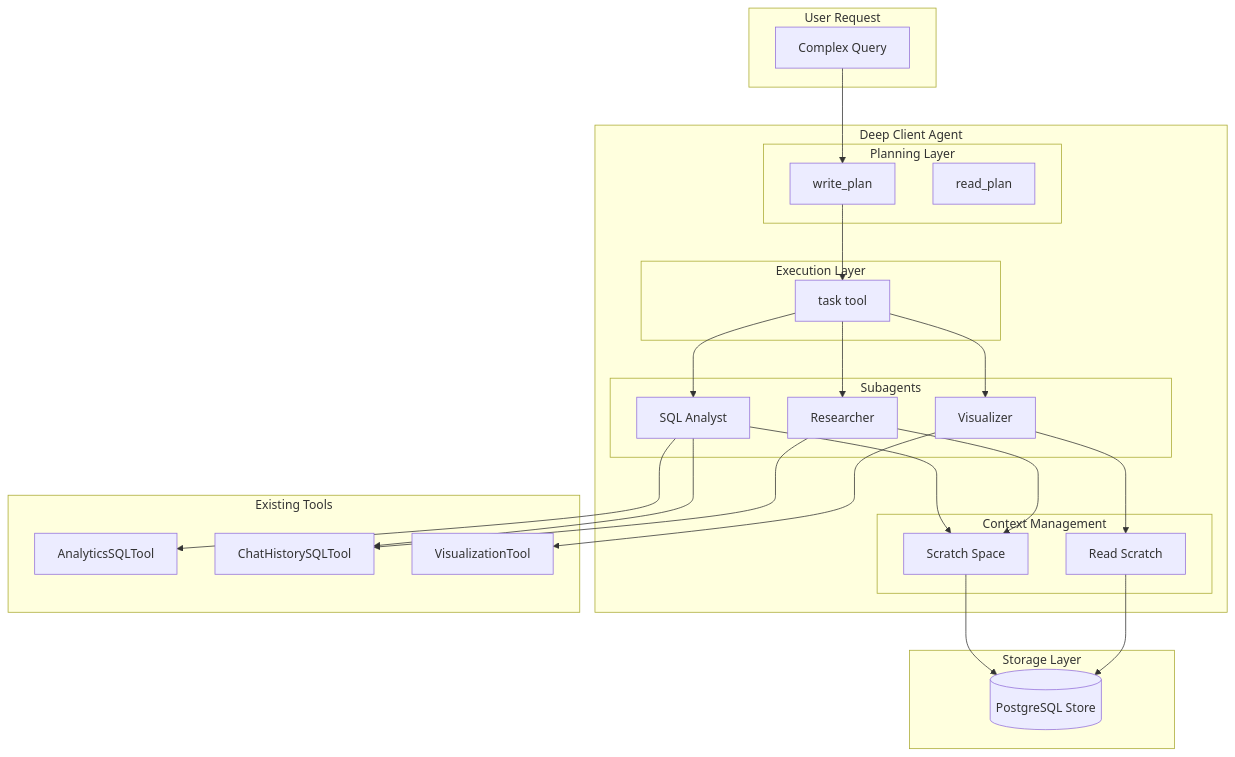
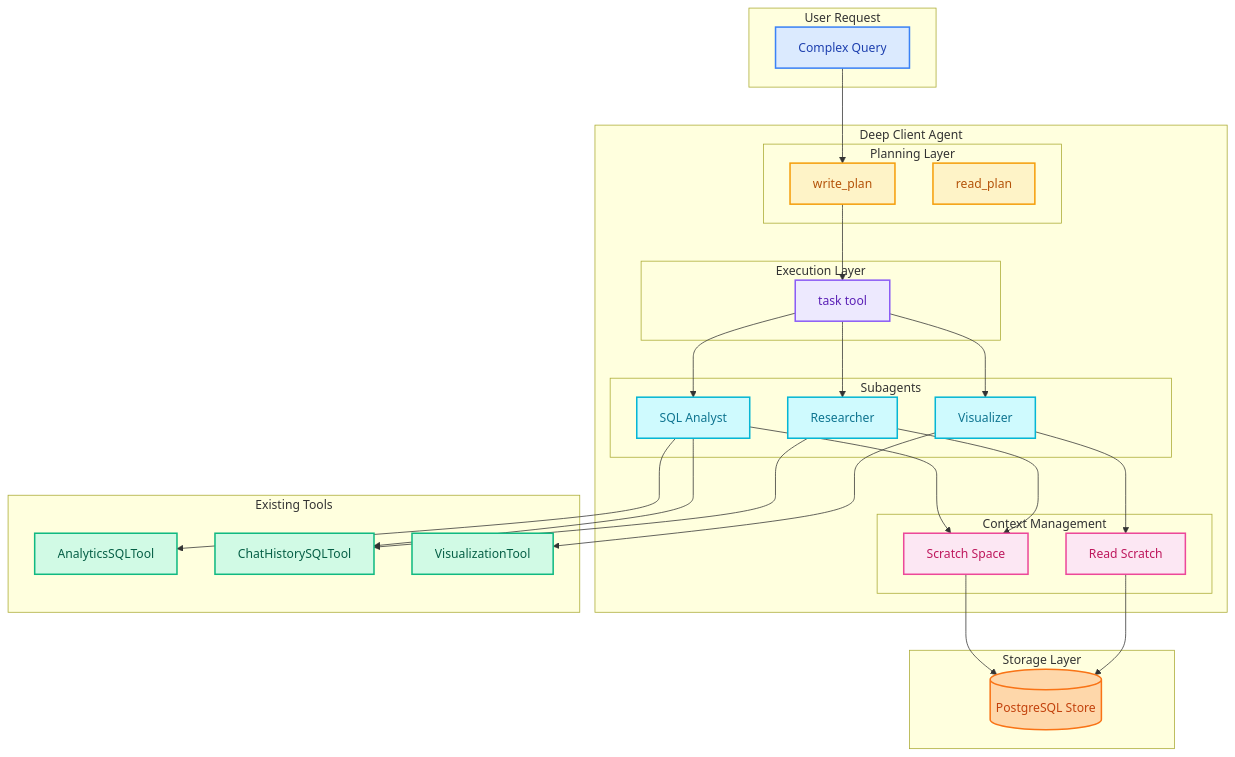
Before and after one commit to mhokchuekchuek/mtl_agent: the diagram in docs/assets/diagrams/future_improvements/deep_agents_architecture.mmd, drawn with Mermaid. The commit also changed 10 other files, not shown here.

Commit message:
docs: update mermaid diagram files

```diff
--- a/docs/assets/diagrams/future_improvements/deep_agents_architecture.mmd
+++ b/docs/assets/diagrams/future_improvements/deep_agents_architecture.mmd
@@ -1,53 +1,69 @@
 flowchart TB
     subgraph User["User Request"]
         Q[Complex Query]
     end
 
     subgraph DeepAgent["Deep Client Agent"]
         subgraph Planning["Planning Layer"]
             WP[write_plan]
             RP[read_plan]
         end
 
         subgraph Execution["Execution Layer"]
             TASK[task tool]
         end
 
         subgraph Subagents["Subagents"]
             SQL[SQL Analyst]
             VIZ[Visualizer]
             RES[Researcher]
         end
 
         subgraph Context["Context Management"]
             SS[Scratch Space]
             RS[Read Scratch]
         end
     end
 
     subgraph Tools["Existing Tools"]
         ASQL[AnalyticsSQLTool]
         CSQL[ChatHistorySQLTool]
         VTOOL[VisualizationTool]
     end
 
     subgraph Storage["Storage Layer"]
         PG[(PostgreSQL Store)]
     end
 
     Q --> WP
     WP --> TASK
     TASK --> SQL
     TASK --> VIZ
     TASK --> RES
 
     SQL --> ASQL
     SQL --> CSQL
     RES --> CSQL
     VIZ --> VTOOL
 
     SQL --> SS
     RES --> SS
     SS --> PG
     RS --> PG
     VIZ --> RS
+
+    classDef user fill:#dbeafe,stroke:#3b82f6,stroke-width:2px,color:#1e40af
+    classDef planning fill:#fef3c7,stroke:#f59e0b,stroke-width:2px,color:#b45309
+    classDef execution fill:#ede9fe,stroke:#8b5cf6,stroke-width:2px,color:#5b21b6
+    classDef agent fill:#cffafe,stroke:#06b6d4,stroke-width:2px,color:#0e7490
+    classDef context fill:#fce7f3,stroke:#ec4899,stroke-width:2px,color:#be185d
+    classDef tool fill:#d1fae5,stroke:#10b981,stroke-width:2px,color:#065f46
+    classDef db fill:#fed7aa,stroke:#f97316,stroke-width:2px,color:#c2410c
+
+    class Q user
+    class WP,RP planning
+    class TASK execution
+    class SQL,VIZ,RES agent
+    class SS,RS context
+    class ASQL,CSQL,VTOOL tool
+    class PG db
```
